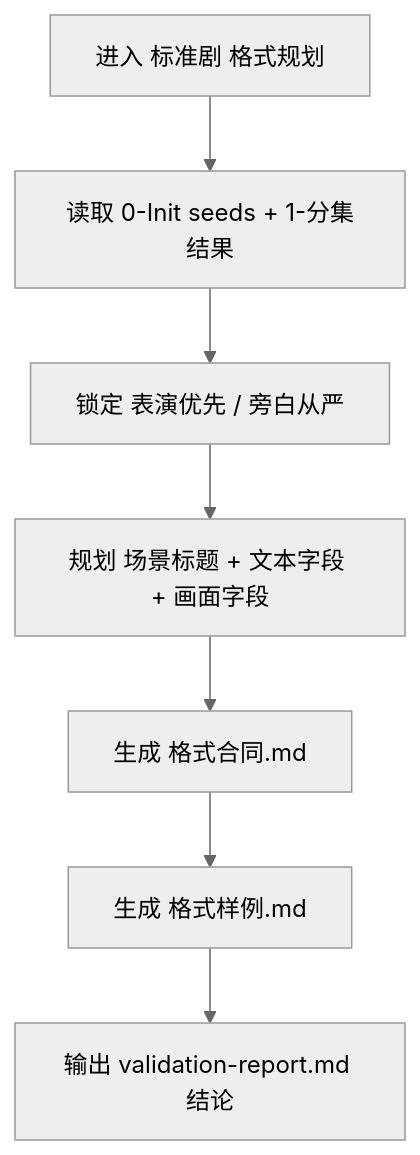
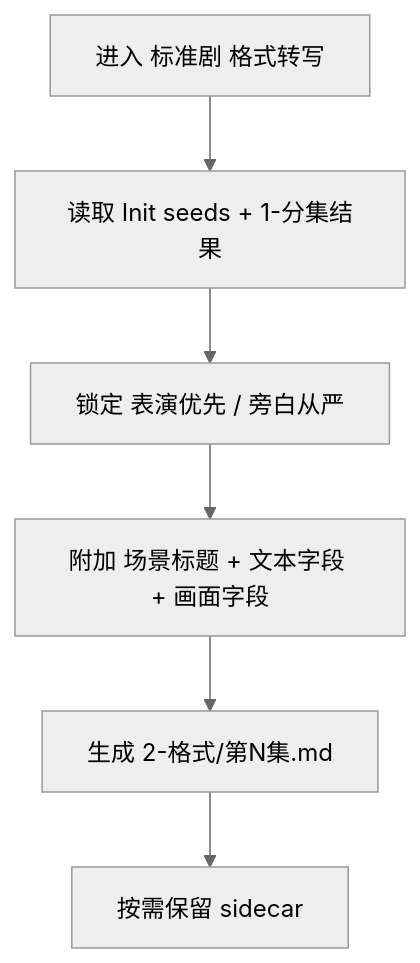
One commit to ZEN-VOID/AI-CUT changed the first of 2 diagrams in .agents/skills/aigc/1-规划/subtypes/2-格式/subtypes/标准剧/SKILL.md. Above: the diagram before and after it, drawn with Mermaid (neutral theme). The commit also changed other lines of this file and 54 other files, not shown here.

````diff
--- a/.agents/skills/aigc/1-规划/subtypes/2-格式/subtypes/标准剧/SKILL.md
+++ b/.agents/skills/aigc/1-规划/subtypes/2-格式/subtypes/标准剧/SKILL.md
@@ -56,9 +56,8 @@
 ```mermaid
 flowchart TD
-    A["进入 标准剧 格式规划"] --> B["读取 0-Init seeds + 1-分集结果"]
+    A["进入 标准剧 格式转写"] --> B["读取 Init seeds + 1-分集结果"]
     B --> C["锁定 表演优先 / 旁白从严"]
-    C --> D["规划 场景标题 + 文本字段 + 画面字段"]
-    D --> E["生成 格式合同.md"]
-    E --> F["生成 格式样例.md"]
-    F --> G["输出 validation-report.md 结论"]
+    C --> D["附加 场景标题 + 文本字段 + 画面字段"]
+    D --> E["生成 2-格式/第N集.md"]
+    E --> F["按需保留 sidecar"]
 ```
````
